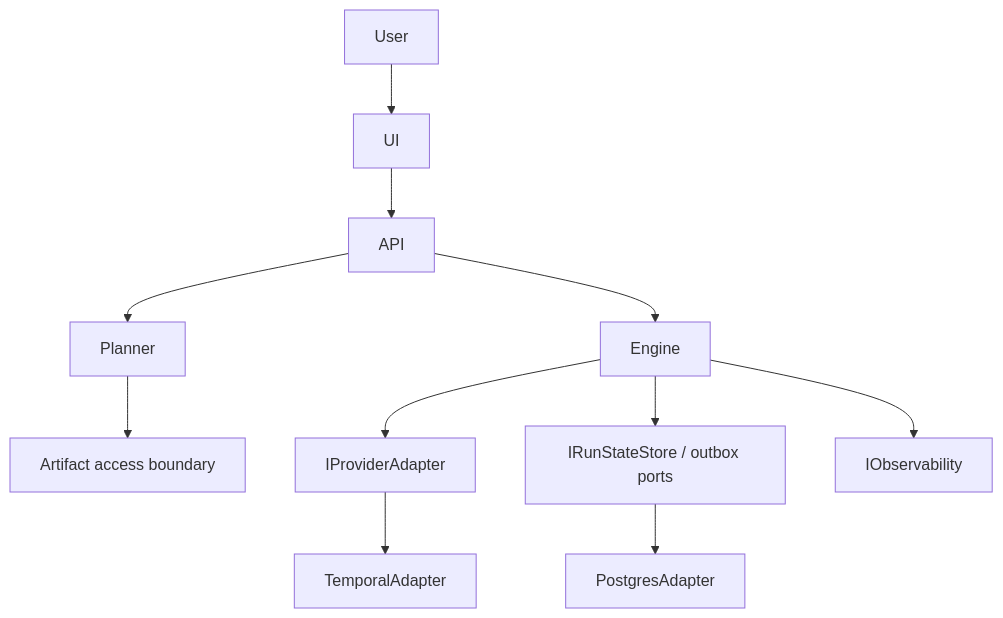
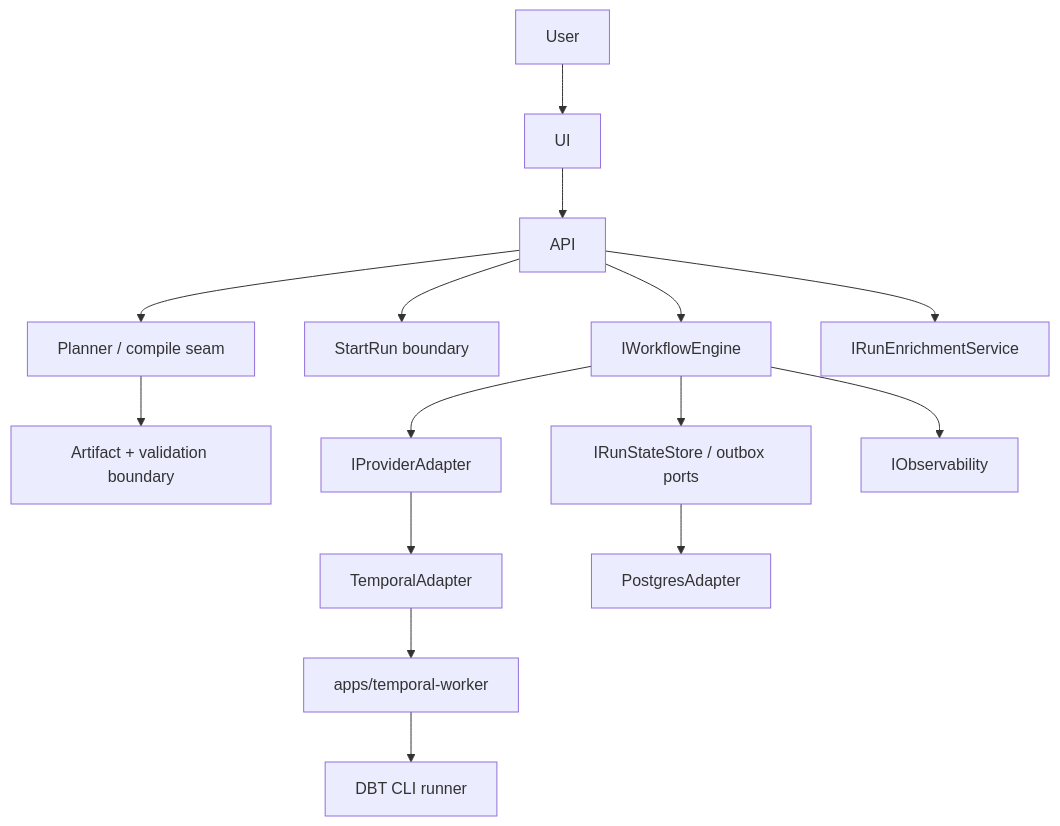
The diagram in docs/architecture/reference-architecture.md (dunay2/dvt), drawn with Mermaid before and after one commit. The commit also changed other lines of this file and 24 other files, not shown here.

````diff
--- a/docs/architecture/reference-architecture.md
+++ b/docs/architecture/reference-architecture.md
@@ -65,13 +67,17 @@
 ```mermaid
 flowchart TB
 User --> UI
 UI --> API
-API --> Planner
-API --> Engine
-Planner --> ArtifactBoundary["Artifact access boundary"]
+API --> Planner["Planner / compile seam"]
+API --> StartRun["StartRun boundary"]
+API --> Engine["IWorkflowEngine"]
+API --> Enrichment["IRunEnrichmentService"]
+Planner --> ArtifactBoundary["Artifact + validation boundary"]
 Engine --> ProviderPort["IProviderAdapter"]
 ProviderPort --> TemporalAdapter
+TemporalAdapter --> TemporalWorker["apps/temporal-worker"]
+TemporalWorker --> DbtRunner["DBT CLI runner"]
 Engine --> StatePort["IRunStateStore / outbox ports"]
 StatePort --> PostgresAdapter
 Engine --> ObservabilityPort["IObservability"]
 ```
````
